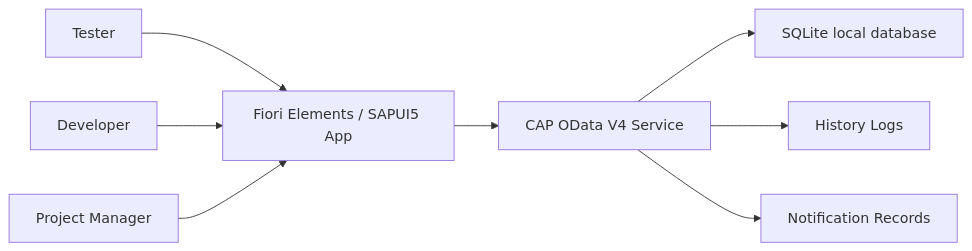
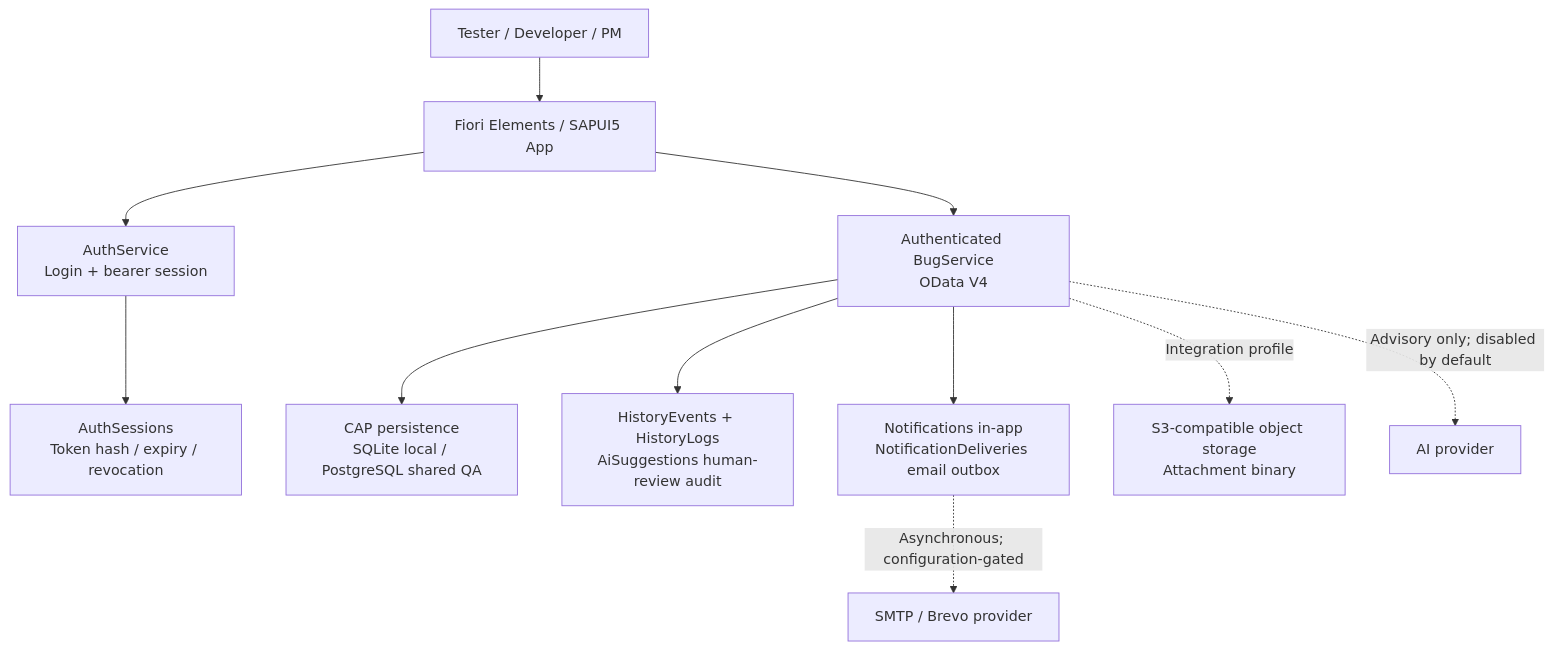
One commit to DarwinDO/IDTS-SAP01 changed the diagram in docs/diagrams/rendered/source/13-srs-system-context.mmd. Above: the diagram before and after it, drawn with Mermaid. The commit also changed 124 other files, not shown here.

```diff
--- a/docs/diagrams/rendered/source/13-srs-system-context.mmd
+++ b/docs/diagrams/rendered/source/13-srs-system-context.mmd
@@ -1,8 +1,11 @@
-flowchart LR
-    Tester["Tester"] --> Fiori["Fiori Elements / SAPUI5 App"]
-    Developer["Developer"] --> Fiori
-    PM["Project Manager"] --> Fiori
-    Fiori --> OData["CAP OData V4 Service"]
-    OData --> DB["SQLite local database"]
-    OData --> Logs["History Logs"]
-    OData --> Notif["Notification Records"]
+flowchart TB
+    Users["Tester / Developer / PM"] --> Fiori["Fiori Elements / SAPUI5 App"]
+    Fiori --> Auth["AuthService\nLogin + bearer session"]
+    Fiori --> OData["Authenticated BugService\nOData V4"]
+    Auth --> Sessions["AuthSessions\nToken hash / expiry / revocation"]
+    OData --> DB["CAP persistence\nSQLite local / PostgreSQL shared QA"]
+    OData --> Audit["HistoryEvents + HistoryLogs\nAiSuggestions human-review audit"]
+    OData --> Notif["Notifications in-app\nNotificationDeliveries email outbox"]
+    OData -. "Integration profile" .-> Storage["S3-compatible object storage\nAttachment binary"]
+    Notif -. "Asynchronous; configuration-gated" .-> Email["SMTP / Brevo provider"]
+    OData -. "Advisory only; disabled by default" .-> AI["AI provider"]
```
